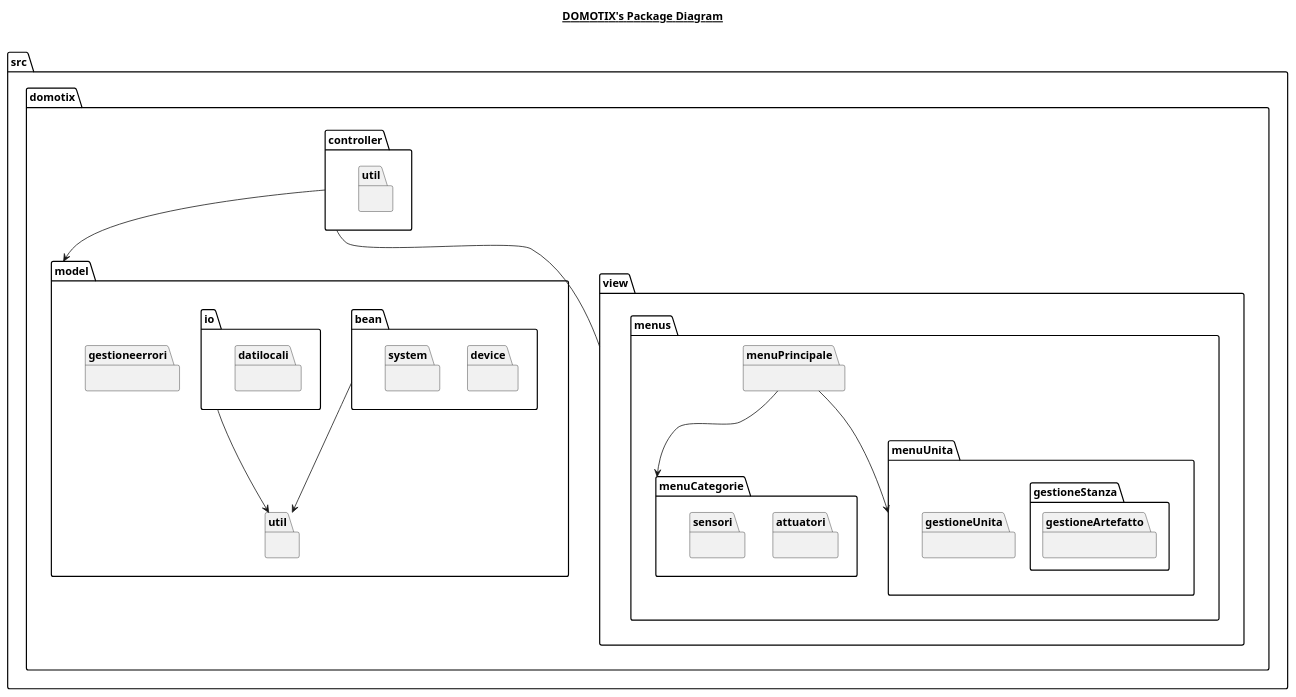
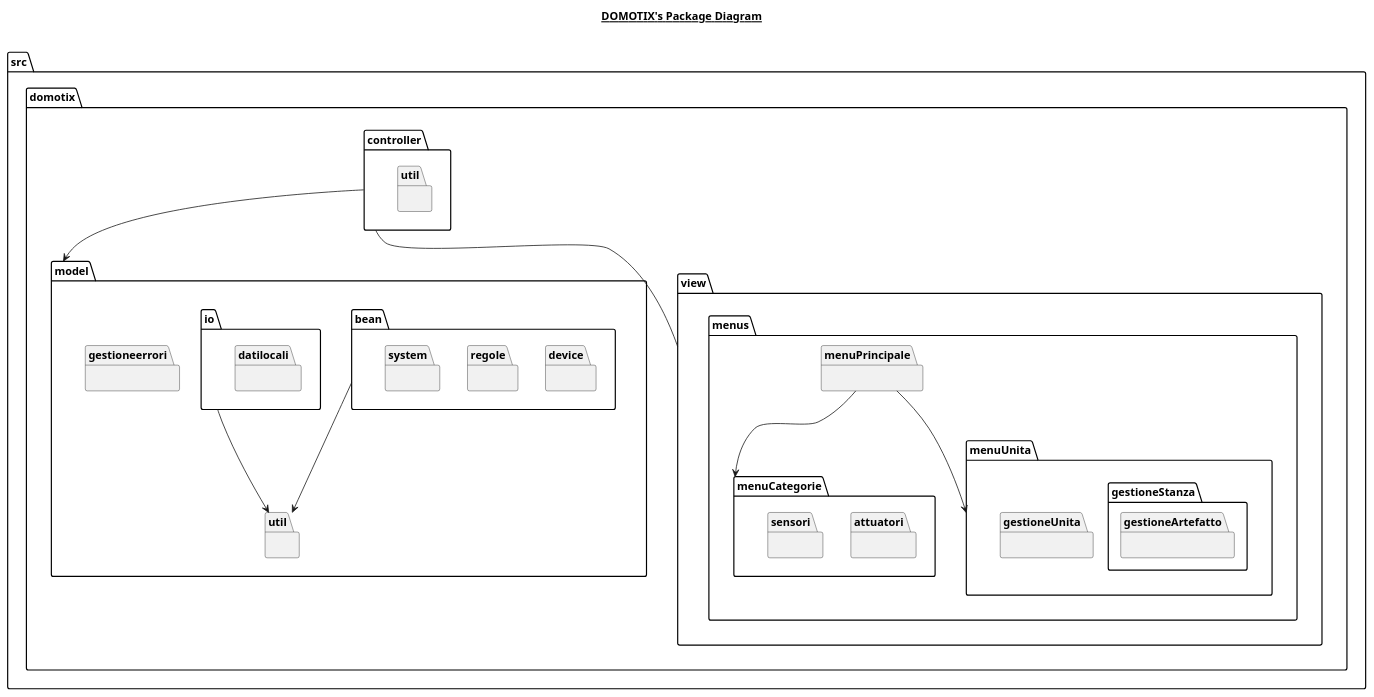
Before and after one commit to Edoar-do/Domotix: the diagram in Package.plantuml, drawn with PlantUML. The commit also changed 30 other files, not shown here.

```diff
--- a/Package.plantuml
+++ b/Package.plantuml
@@ -1,57 +1,59 @@
 @startuml
 
 title __DOMOTIX's Package Diagram__\n
 
 namespace src {
     namespace domotix {
         namespace controller {
             namespace util {
             }
         }
         namespace model {
             namespace bean {
                 namespace device {
+                }
+                namespace regole {
                 }
                 namespace system {
                 }
             }
             namespace gestioneerrori {
             }
             namespace io {
                 namespace datilocali {
                 }
             }
             namespace util {
             }
         }
         namespace view {
             namespace menus {
                 namespace menuPrincipale {
                 }
                 namespace menuCategorie {
                     namespace attuatori {
                     }
                     namespace sensori {
                     }
                 }
                 namespace menuUnita {
                     namespace gestioneUnita {
                     }
                     namespace gestioneStanza {
                         namespace gestioneArtefatto {
                         }
                     }
                 }
             }
         }
     }
 }
 
 src.domotix.controller --> src.domotix.model
 src.domotix.controller -- src.domotix.view
 src.domotix.view.menus.menuPrincipale --> src.domotix.view.menus.menuUnita
 src.domotix.view.menus.menuPrincipale --> src.domotix.view.menus.menuCategorie
 src.domotix.model.bean --> src.domotix.model.util
 src.domotix.model.io --> src.domotix.model.util
 
 @enduml
```
